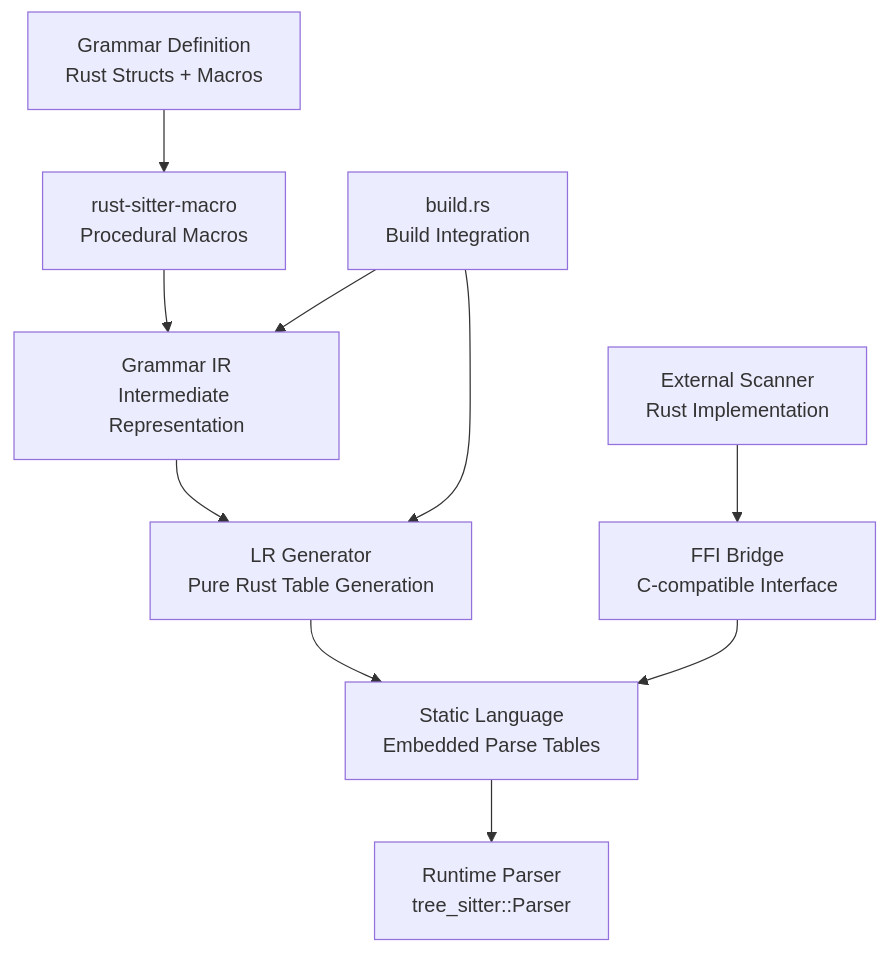
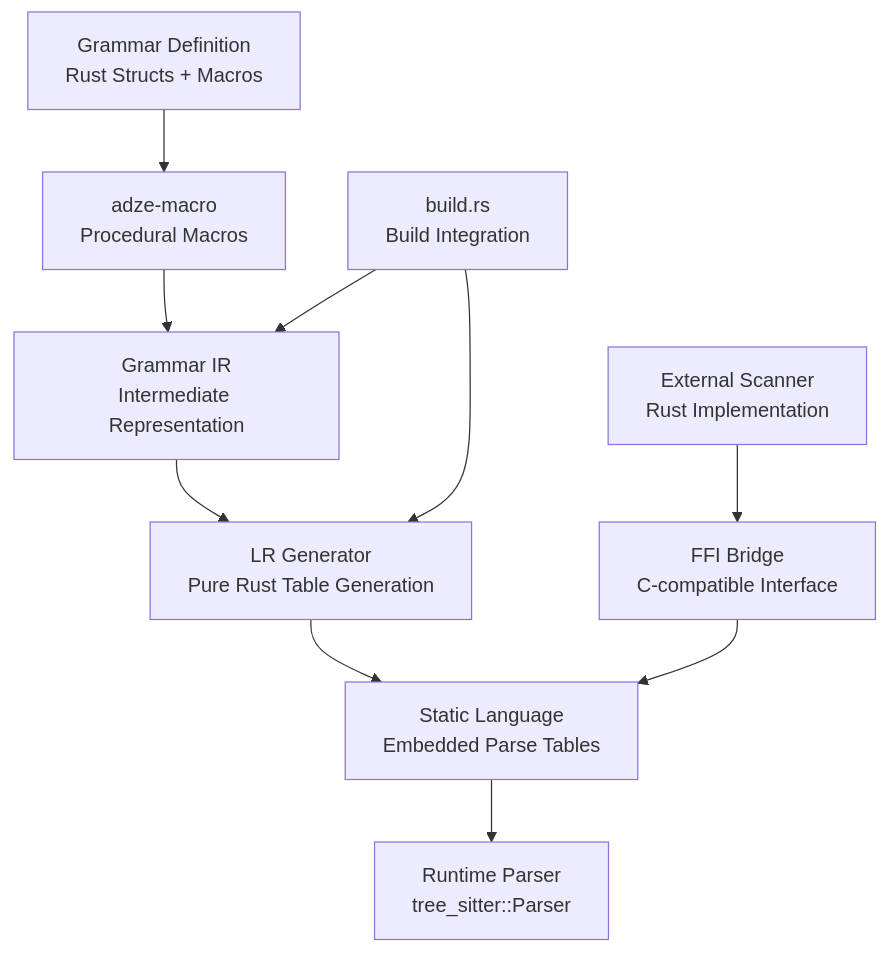
One commit to EffortlessMetrics/adze changed the diagram in .kiro/specs/pure-rust-tree-sitter/design.md. Above: the diagram before and after it, drawn with Mermaid. The commit also changed other lines of this file and 829 other files, not shown here.

````diff
--- a/.kiro/specs/pure-rust-tree-sitter/design.md
+++ b/.kiro/specs/pure-rust-tree-sitter/design.md
@@ -13,14 +13,14 @@
 ```mermaid
 graph TB
-    A[Grammar Definition<br/>Rust Structs + Macros] --> B[rust-sitter-macro<br/>Procedural Macros]
+    A[Grammar Definition<br/>Rust Structs + Macros] --> B[adze-macro<br/>Procedural Macros]
     B --> C[Grammar IR<br/>Intermediate Representation]
     C --> D[LR Generator<br/>Pure Rust Table Generation]
     D --> E[Static Language<br/>Embedded Parse Tables]
     E --> F[Runtime Parser<br/>tree_sitter::Parser]
     
     G[External Scanner<br/>Rust Implementation] --> H[FFI Bridge<br/>C-compatible Interface]
     H --> E
     
     I[build.rs<br/>Build Integration] --> C
     I --> D
 ```
````
